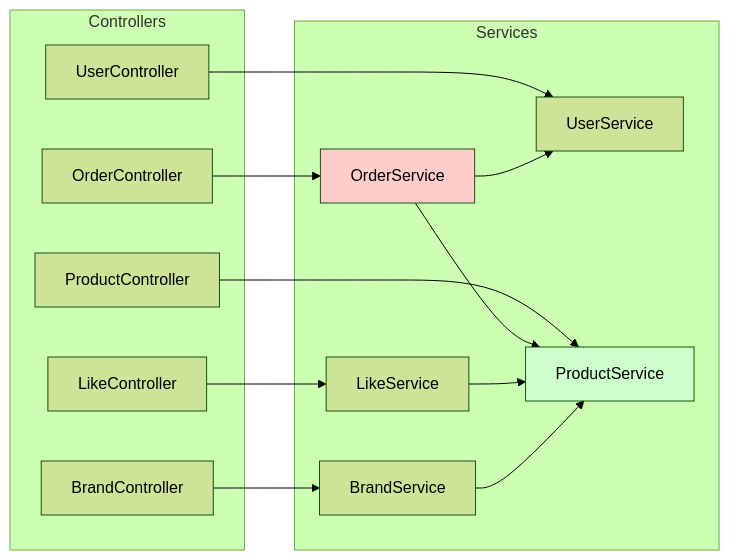
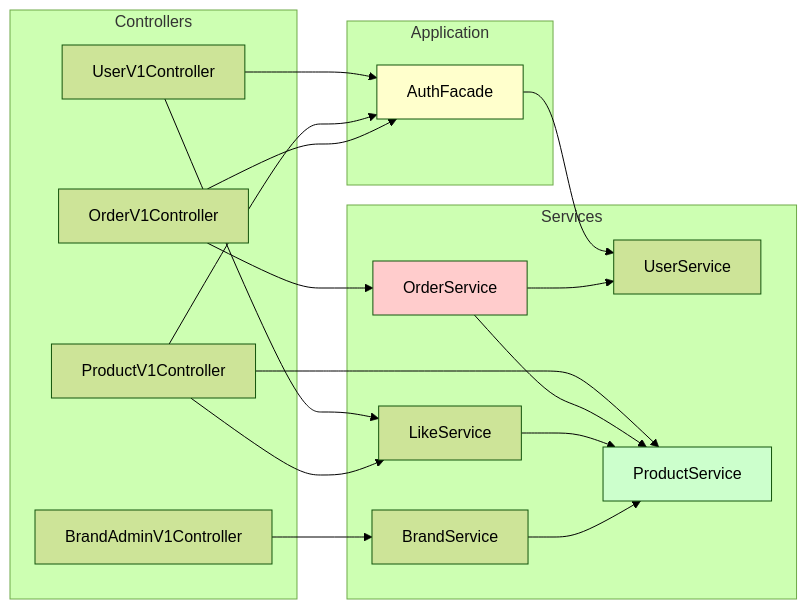
Before and after one commit to Loopers-dev-lab/loop-pack-be-l2-vol3-kotlin: diagram 11 of 13 in .docs/design/03-class-diagram.md, drawn with Mermaid (forest theme). The commit also changed other lines of this file and 4 other files, not shown here.

````diff
--- a/.docs/design/03-class-diagram.md
+++ b/.docs/design/03-class-diagram.md
@@ -475,32 +738,41 @@
 ```mermaid
 graph LR
     subgraph Controllers
-        UC[UserController]
-        PC[ProductController]
-        OC[OrderController]
-        LC[LikeController]
-        BC[BrandController]
+        UC[UserV1Controller]
+        PC[ProductV1Controller]
+        OC[OrderV1Controller]
+        BC[BrandAdminV1Controller]
+    end
+
+    subgraph Application
+        AF[AuthFacade]
     end
 
     subgraph Services
         US[UserService]
         PS[ProductService]
         OS[OrderService]
         LS[LikeService]
         BS[BrandService]
     end
 
-    UC --> US
+    UC --> AF
+    UC --> LS
+    PC --> AF
     PC --> PS
+    PC --> LS
+    OC --> AF
     OC --> OS
-    LC --> LS
     BC --> BS
+
+    AF --> US
 
     OS --> US
     OS --> PS
     LS --> PS
     BS --> PS
 
+    style AF fill:#ffffcc
     style OS fill:#ffcccc
     style PS fill:#ccffcc
 ```
````
